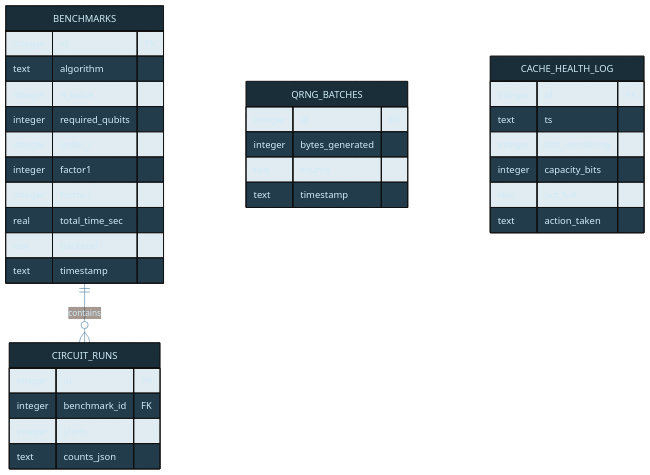
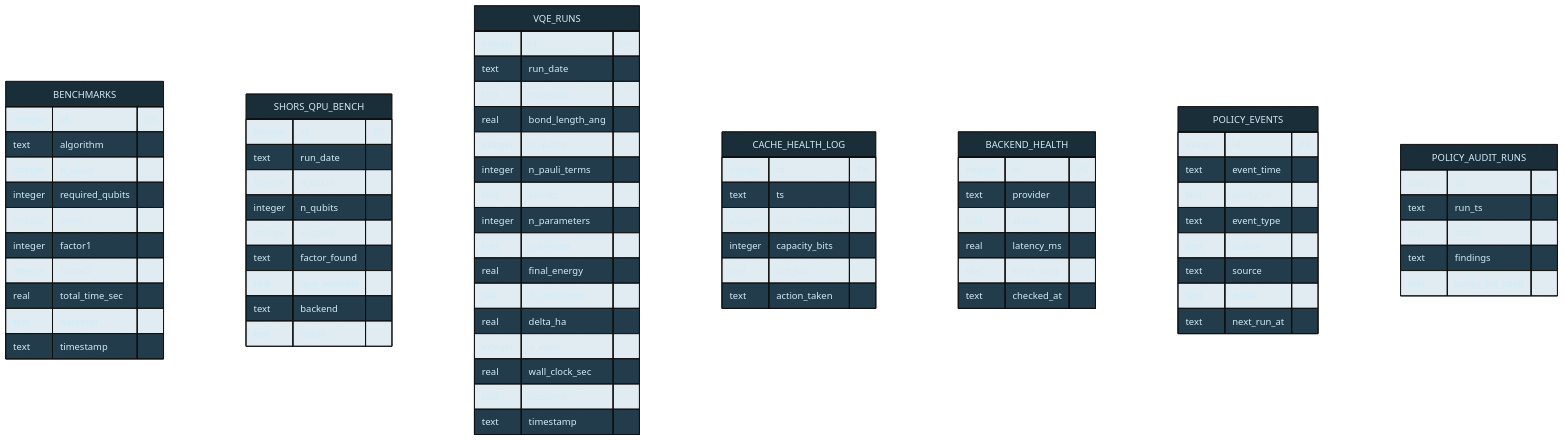
The diagram in diagrams/quantum-db-schema.mmd (tylerdrakemusic/-Workspace), drawn with Mermaid before and after one commit. The commit also changed 16 other files, not shown here.

Commit message:
FR-20260703-architecture-diagram-catchup: resync 17 diagrams with current code across 6 projects

```diff
--- a/diagrams/quantum-db-schema.mmd
+++ b/diagrams/quantum-db-schema.mmd
@@ -1,37 +1,86 @@
 %%{init: {'theme': 'base', 'themeVariables': {'primaryColor': '#1a2e3a', 'primaryTextColor': '#d0ecf8', 'edgeLabelBackground': '#0f1318', 'lineColor': '#4a7a9a'}}}%%
 erDiagram
-    BENCHMARKS ||--o{ CIRCUIT_RUNS : contains
     BENCHMARKS {
         integer id PK
         text algorithm
         integer n_value
         integer required_qubits
         integer order_r
         integer factor1
         integer factor2
         real total_time_sec
         text backend
         text timestamp
     }
-    CIRCUIT_RUNS {
+
+    %% --- Shor's QPU benchmarking (FR-20260428-shors-monthly-qpu-bench) ---
+    SHORS_QPU_BENCH {
         integer id PK
-        integer benchmark_id FK
-        integer shots
-        text counts_json
+        text run_date
+        integer n_value
+        integer n_qubits
+        integer success
+        text factor_found
+        real qpu_seconds
+        text backend
+        text notes
     }
-    QRNG_BATCHES {
+
+    %% --- VQE molecular simulation runs (FR-20260430-vqe-aer-bench) ---
+    VQE_RUNS {
         integer id PK
-        integer bytes_generated
-        text source
+        text run_date
+        text molecule
+        real bond_length_ang
+        integer n_qubits
+        integer n_pauli_terms
+        text ansatz
+        integer n_parameters
+        text optimizer
+        real final_energy
+        real fci_reference
+        real delta_ha
+        integer n_evals
+        real wall_clock_sec
+        text backend
         text timestamp
     }
 
     %% --- Cache Monitoring ---
     CACHE_HEALTH_LOG {
         integer id PK
         text ts
         integer bits_remaining
         integer capacity_bits
         real pct_full
         text action_taken
     }
+
+    %% --- Backend availability monitor (FR-20260614) ---
+    BACKEND_HEALTH {
+        integer id PK
+        text provider
+        text status
+        real latency_ms
+        text error_msg
+        text checked_at
+    }
+
+    %% --- Execution policy events/audit (FR-20260527-execution-policy-auditor) ---
+    POLICY_EVENTS {
+        integer id PK
+        text event_time
+        text policy_id
+        text event_type
+        text status
+        text source
+        text detail
+        text next_run_at
+    }
+    POLICY_AUDIT_RUNS {
+        integer id PK
+        text run_ts
+        text status
+        text findings
+        text policy_file_hash
+    }
```
